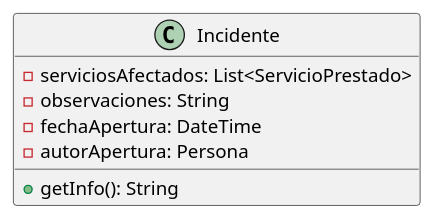
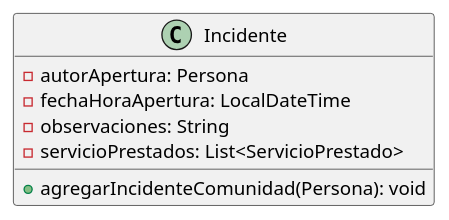
Before and after one commit to mbertogliati/dds-tpa: the diagram in DC/E3/domain/incidentes/Incidente.puml, drawn with PlantUML. The commit also changed 69 other files, not shown here.

Commit message:
Completo la estructura de (casi) todas las clases en el diagrama de clases (ver E3_COMPLETO.puml). Agregue tambien varios TODO con cosas para decidir.

```diff
--- a/DC/E3/domain/incidentes/Incidente.puml
+++ b/DC/E3/domain/incidentes/Incidente.puml
@@ -1,11 +1,16 @@
 @startuml
 'https://plantuml.com/class-diagram
 
-class Incidente{
-    - serviciosAfectados: List<ServicioPrestado>
-    - observaciones: String
-    - fechaApertura: DateTime
-    - autorApertura: Persona
-    +getInfo(): String
+
+skinparam linetype ortho
+
+class Incidente {
+  - autorApertura: Persona
+  - fechaHoraApertura: LocalDateTime
+  - observaciones: String
+  - servicioPrestados: List<ServicioPrestado>
+
+  + agregarIncidenteComunidad(Persona): void
 }
+
 @enduml
```
